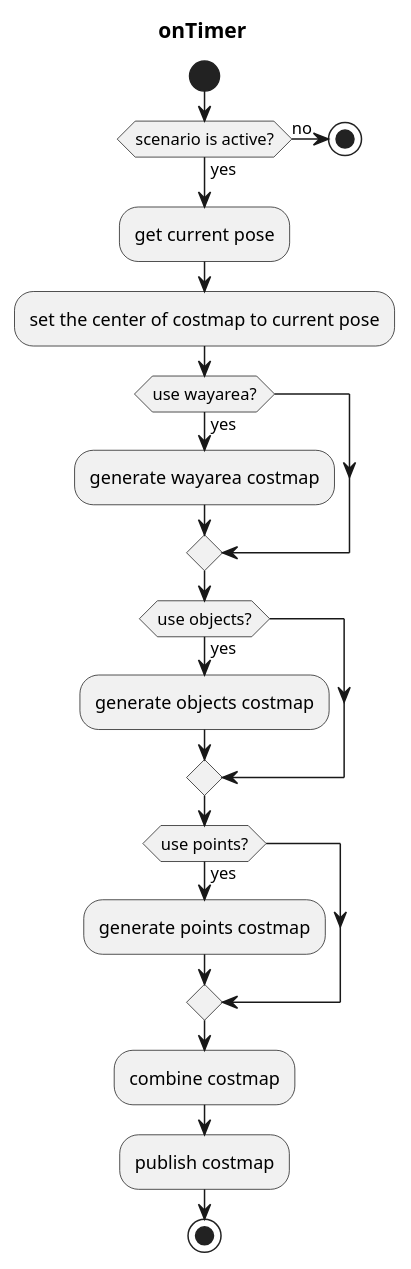
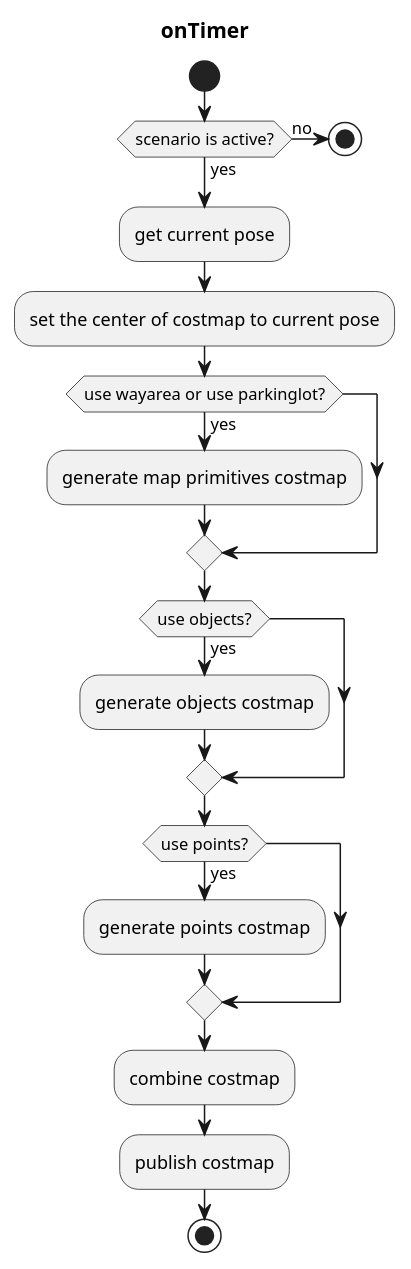
The diagram in planning/costmap_generator/README.md (autowarefoundation/autoware), drawn with PlantUML before and after one commit. The commit also changed other lines of this file and 6 other files, not shown here.

````diff
--- a/planning/costmap_generator/README.md
+++ b/planning/costmap_generator/README.md
@@ -58,33 +59,33 @@
 ```plantuml
 @startuml
 title onTimer
 start
 
 if (scenario is active?) then (yes)
 else (no)
   stop
 endif
 
 :get current pose;
 
 :set the center of costmap to current pose;
 
-if (use wayarea?) then (yes)
- :generate wayarea costmap;
+if (use wayarea or use parkinglot?) then (yes)
+ :generate map primitives costmap;
 endif
 
 if (use objects?) then (yes)
  :generate objects costmap;
 endif
 
 if (use points?) then (yes)
  :generate points costmap;
 endif
 
 :combine costmap;
 
 :publish costmap;
 
 stop
 @enduml
 ```
````
